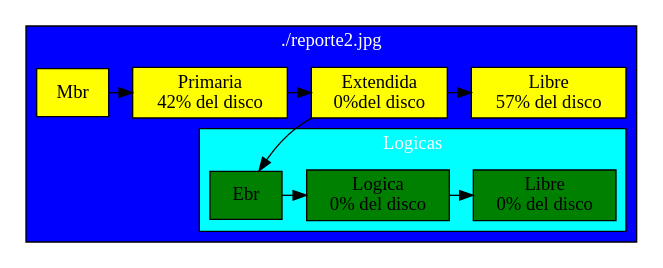
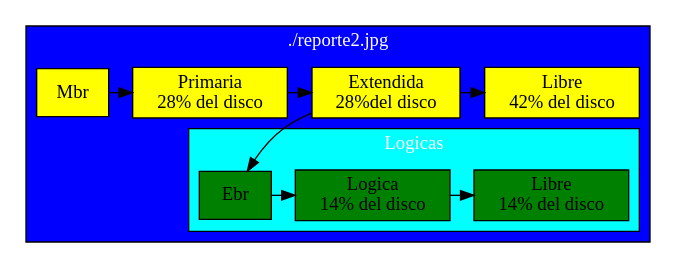
One commit to JoseMore99/-MIA-Proyecto1_201701015 changed the diagram in Reportd.dot. Above: the diagram before and after it, drawn with Graphviz. The commit also changed 21 other files, not shown here.

```diff
--- a/Reportd.dot
+++ b/Reportd.dot
@@ -1,18 +1,18 @@
 digraph G {
  subgraph cluster1 {fillcolor="blue" label="./reporte2.jpg" fontcolor="white" style="filled"
 node [shape=box fillcolor="yellow" style="filled"]
 node0[label="Mbr"];
-node1[label="Primaria\n42% del disco"];
-node2[label="Extendida\n0%del disco"];
+node1[label="Primaria\n28% del disco"];
+node2[label="Extendida\n28%del disco"];
 subgraph cluster2 {fillcolor="cyan" label="Logicas"style="filled"
 node [shape=box fillcolor="green" style="filled" ]
 nodel0[label="Ebr"];
-nodel1[label="Logica\n0% del disco"];
-nodel2[label="Libre\n0% del disco"];
+nodel1[label="Logica\n14% del disco"];
+nodel2[label="Libre\n14% del disco"];
 rank=same{nodel0->nodel1->nodel2}
 };
-node3[label="Libre\n57% del disco"];
+node3[label="Libre\n42% del disco"];
 rank=same{node0->node1->node2->node3}
 node2->nodel0
 }
 }
```
